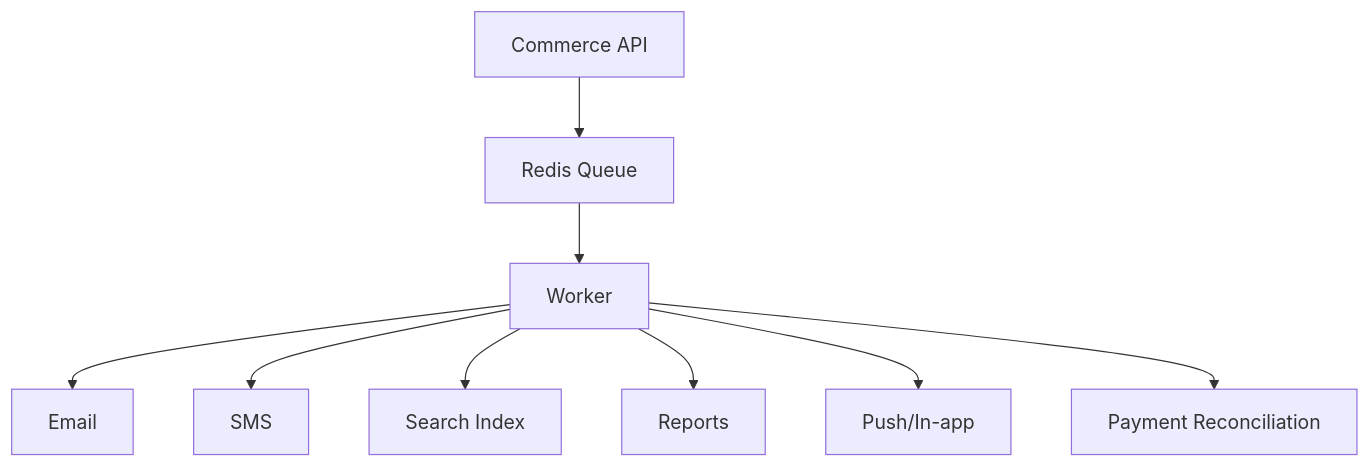
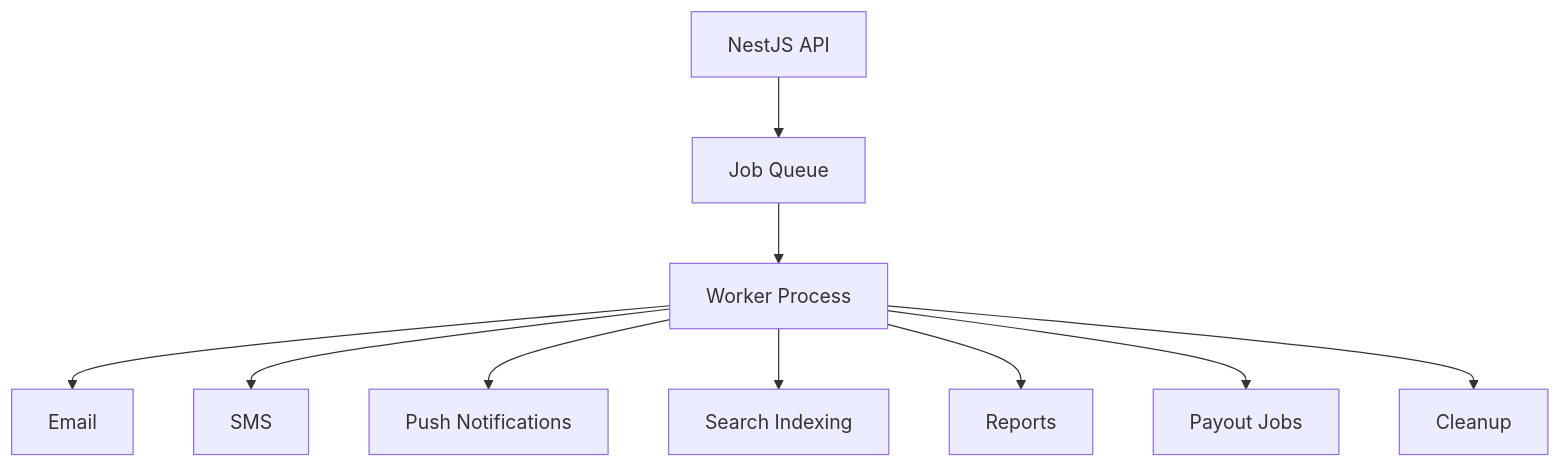
One commit to Izyane-InovSolutions/commerce changed diagram 22 of 25 in README.md. Above: the diagram before and after it, drawn with Mermaid. The commit also changed other lines of this file, not shown here.

Commit message:
docs: switch backend architecture to NestJS modular monolith

````diff
--- a/README.md
+++ b/README.md
@@ -1444,11 +1242,12 @@
 ```mermaid
 flowchart TD
-    API[Commerce API] --> QUEUE[Redis Queue]
-    QUEUE --> WORKER[Worker]
+    API[NestJS API] --> QUEUE[Job Queue]
+    QUEUE --> WORKER[Worker Process]
     WORKER --> EMAIL[Email]
     WORKER --> SMS[SMS]
-    WORKER --> SEARCH[Search Index]
+    WORKER --> PUSH[Push Notifications]
+    WORKER --> SEARCH[Search Indexing]
     WORKER --> REPORT[Reports]
-    WORKER --> NOTIFY[Push/In-app]
-    WORKER --> RECON[Payment Reconciliation]
+    WORKER --> PAYOUT[Payout Jobs]
+    WORKER --> CLEANUP[Cleanup]
 ```
````
